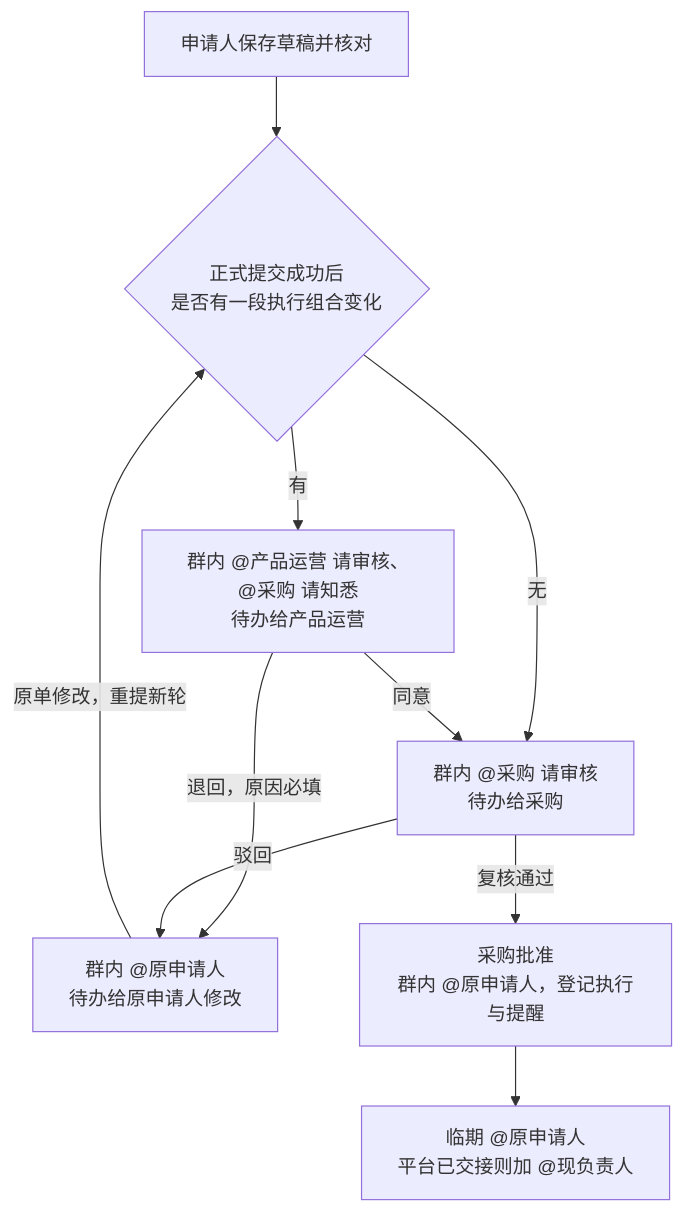
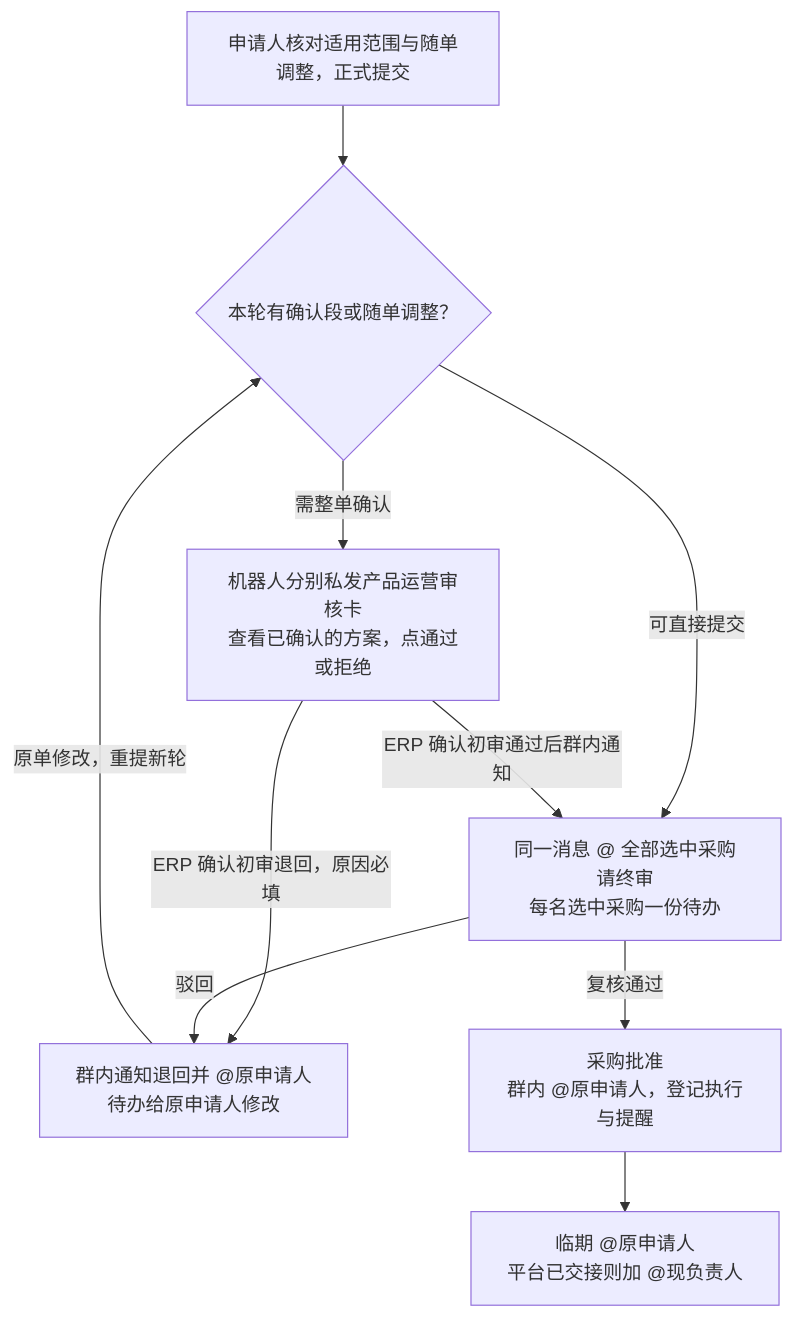
Before and after one commit to szhi1488/differentiated-policy: the diagram in docs/architecture/policy-workflow-feishu-technical-design.md, drawn with Mermaid. The commit also changed other lines of this file and 151 other files, not shown here.

````diff
--- a/docs/architecture/policy-workflow-feishu-technical-design.md
+++ b/docs/architecture/policy-workflow-feishu-technical-design.md
@@ -57,12 +58,12 @@
 ```mermaid
 flowchart TD
-    A["申请人保存草稿并核对"] --> B{"正式提交成功后<br/>是否有一段执行组合变化"}
-    B -->|"有"| C["群内 @产品运营 请审核、@采购 请知悉<br/>待办给产品运营"]
-    B -->|"无"| E["群内 @采购 请审核<br/>待办给采购"]
-    C -->|"同意"| E
-    C -->|"退回，原因必填"| R["群内 @原申请人<br/>待办给原申请人修改"]
+    A["申请人核对适用范围与随单调整，正式提交"] --> B{"本轮有确认段或随单调整？"}
+    B -->|"需整单确认"| C["机器人分别私发产品运营审核卡<br/>查看已确认的方案，点通过或拒绝"]
+    B -->|"可直接提交"| E["同一消息 @ 全部选中采购请终审<br/>每名选中采购一份待办"]
+    C -->|"ERP 确认初审通过后群内通知"| E
+    C -->|"ERP 确认初审退回，原因必填"| R["群内通知退回并 @原申请人<br/>待办给原申请人修改"]
     E -->|"驳回"| R
     R -->|"原单修改，重提新轮"| B
     E -->|"复核通过"| G["采购批准<br/>群内 @原申请人，登记执行与提醒"]
     G --> H["临期 @原申请人<br/>平台已交接则加 @现负责人"]
 ```
````
